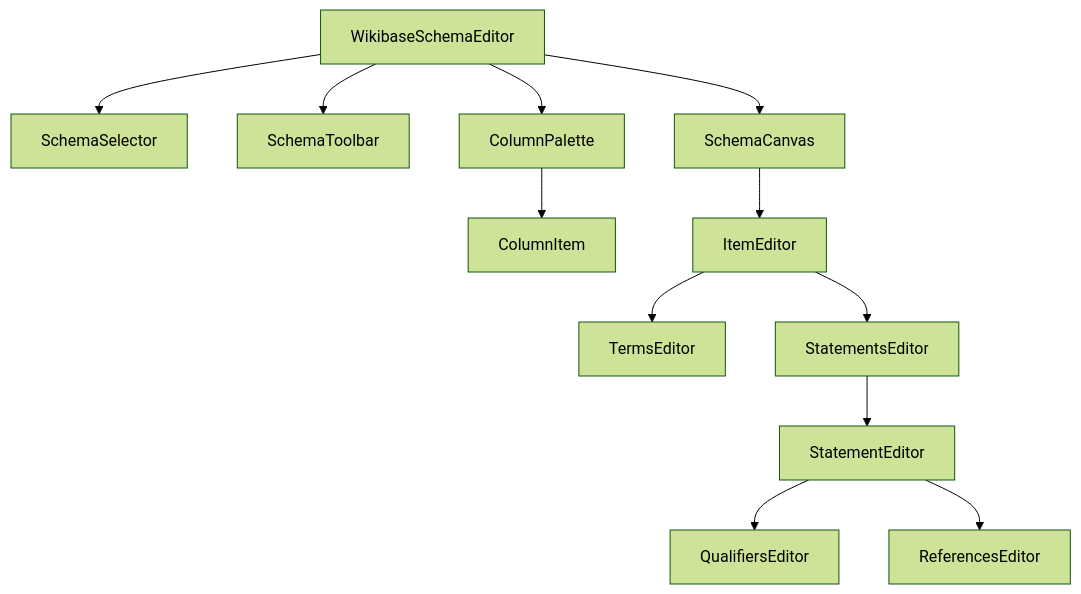
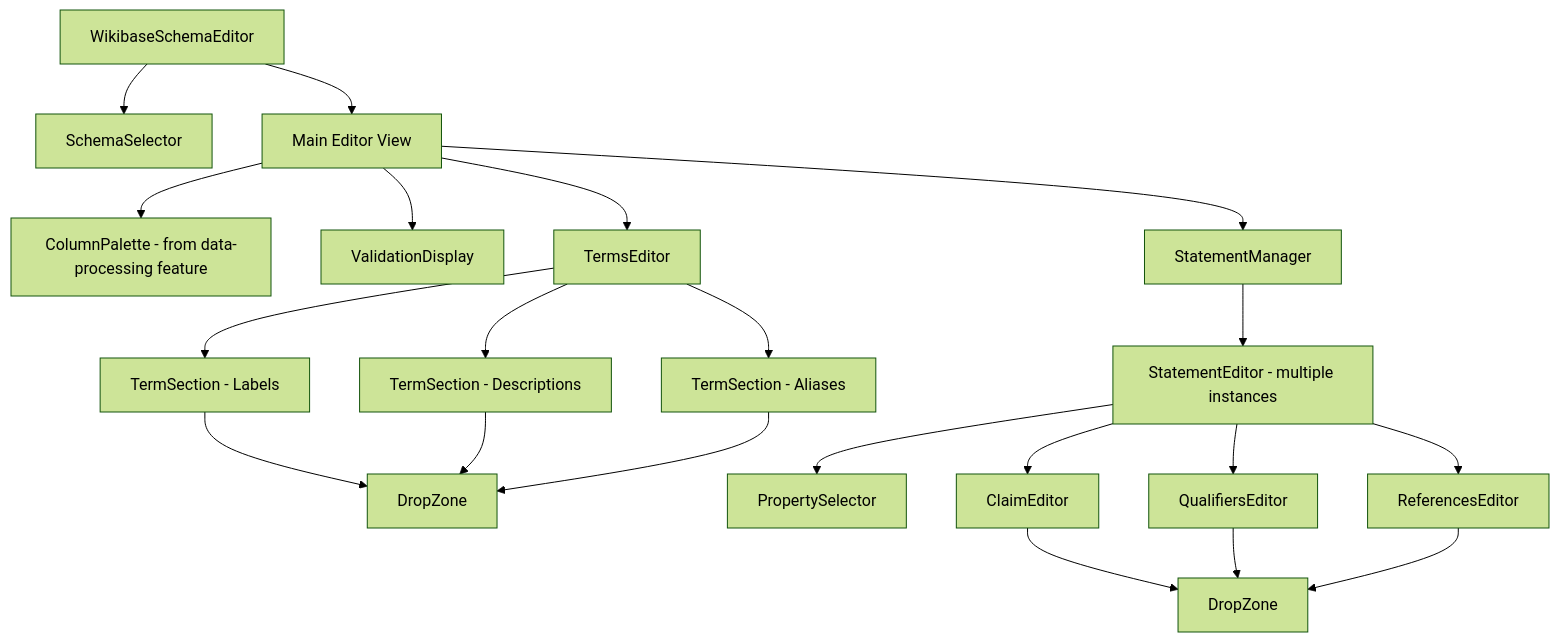
One commit to DaxServer/dataforge changed the second of 2 diagrams in .kiro/specs/wikibase-schema-editor/design.md. Above: the diagram before and after it, drawn with Mermaid (forest theme). The commit also changed other lines of this file and 1 other file, not shown here.

Commit message:
spec(wikibase-schema-editor): bring spec in sync with implementation (#135)

````diff
--- a/.kiro/specs/wikibase-schema-editor/design.md
+++ b/.kiro/specs/wikibase-schema-editor/design.md
@@ -27,14 +37,23 @@
 ```mermaid
 graph TD
     A[WikibaseSchemaEditor] --> B[SchemaSelector]
-    A --> C[SchemaToolbar]
-    A --> D[ColumnPalette]
-    D --> D1[ColumnItem]
-    A --> E[SchemaCanvas]
-    E --> F[ItemEditor]
-    F --> G[TermsEditor]
-    F --> H[StatementsEditor]
-    H --> I[StatementEditor]
-    I --> J[QualifiersEditor]
-    I --> K[ReferencesEditor]
+    A --> C[Main Editor View]
+    C --> D[ColumnPalette - from data-processing feature]
+    C --> E[ValidationDisplay]
+    C --> F[TermsEditor]
+    F --> G[TermSection - Labels]
+    F --> H[TermSection - Descriptions]
+    F --> I[TermSection - Aliases]
+    G --> J[DropZone]
+    H --> J
+    I --> J
+    C --> K[StatementManager]
+    K --> L[StatementEditor - multiple instances]
+    L --> M[PropertySelector]
+    L --> N[ClaimEditor]
+    L --> O[QualifiersEditor]
+    L --> P[ReferencesEditor]
+    N --> Q[DropZone]
+    O --> Q
+    P --> Q
 ```
````
